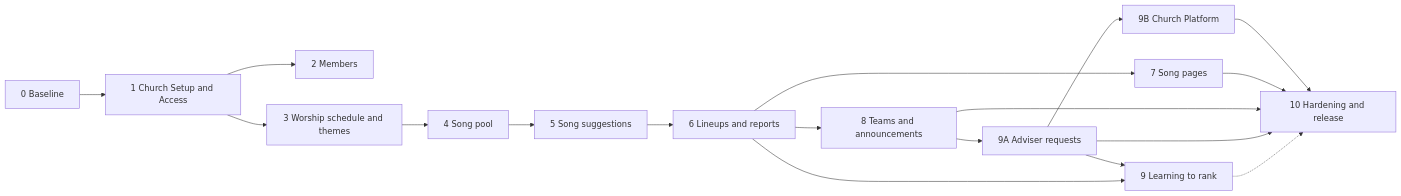
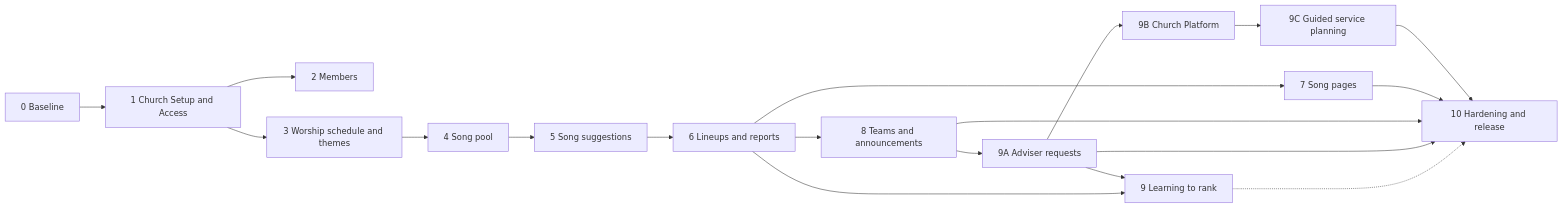
One commit to Jeoff1/CHORD-NewVer changed the diagram in docs/CHORD-Vault/04-Development/Development-Plan.md. Above: the diagram before and after it, drawn with Mermaid. The commit also changed other lines of this file and 35 other files, not shown here.

First line of the commit message:
Phase 9C: guided service planning

````diff
--- a/docs/CHORD-Vault/04-Development/Development-Plan.md
+++ b/docs/CHORD-Vault/04-Development/Development-Plan.md
@@ -16,19 +16,20 @@
 ```mermaid
 flowchart LR
   P0[0 Baseline] --> P1[1 Church Setup and Access] --> P2[2 Members]
   P1 --> P3[3 Worship schedule and themes]
   P3 --> P4[4 Song pool]
   P4 --> P5[5 Song suggestions]
   P5 --> P6[6 Lineups and reports]
   P6 --> P7[7 Song pages]
   P6 --> P8[8 Teams and announcements]
   P8 --> P9A[9A Adviser requests]
   P9A --> P9B[9B Church Platform]
-  P9B --> P10
+  P9B --> P9C[9C Guided service planning]
+  P9C --> P10
   P9A --> P9[9 Learning to rank]
   P6 --> P9
   P7 --> P10[10 Hardening and release]
   P8 --> P10
   P9A --> P10
   P9 -.-> P10
 ```
````
